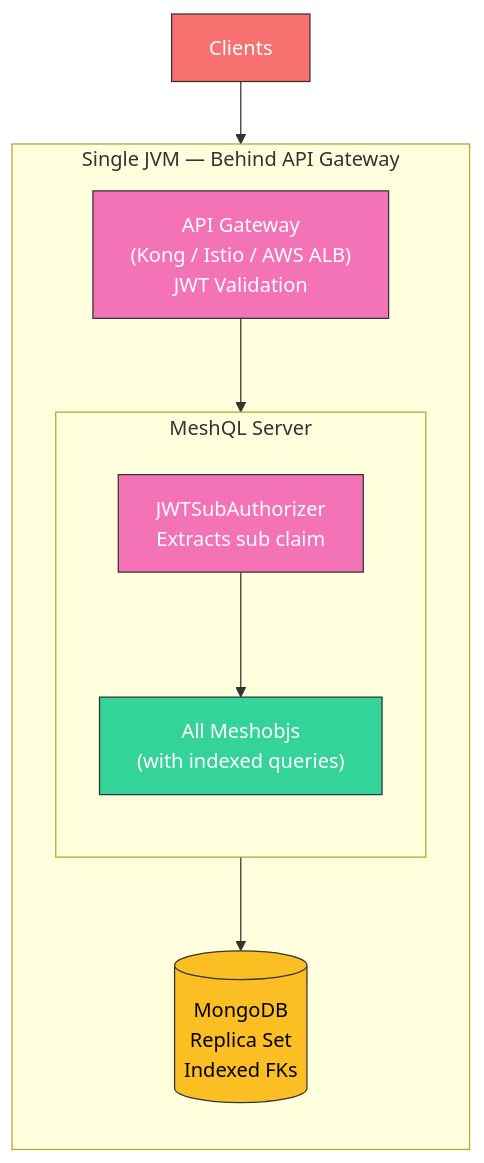
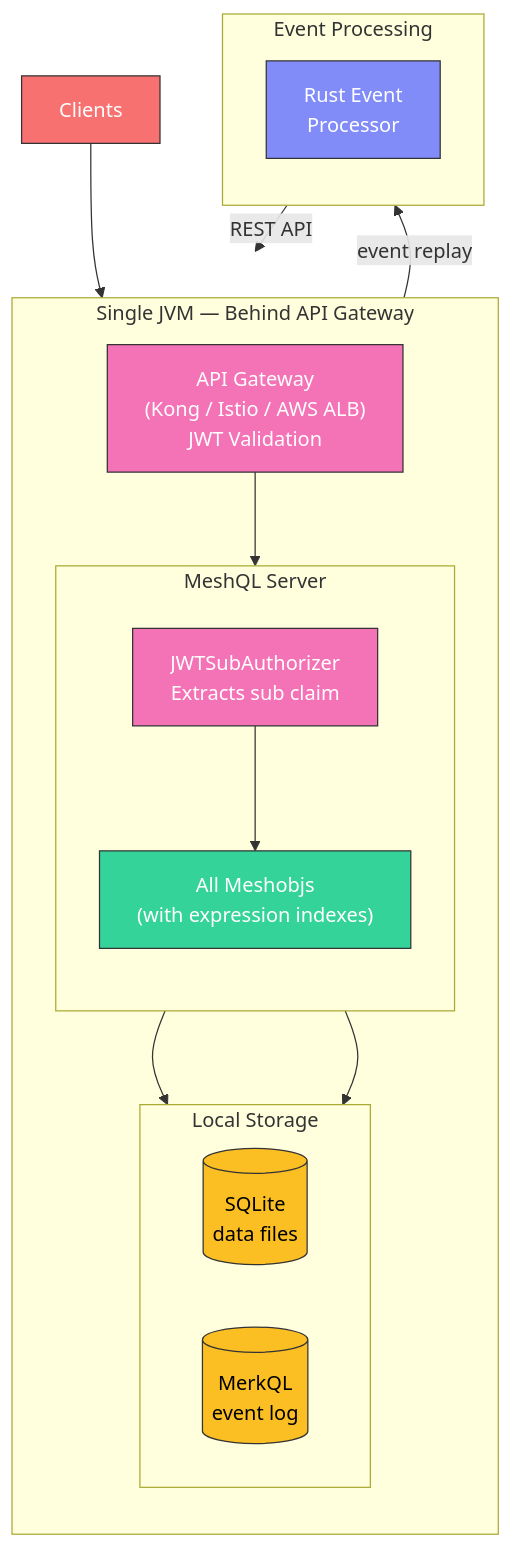
The second of 4 diagrams in docs/architecture/scalability.md (tsmarsh/meshql), drawn with Mermaid before and after one commit. The commit also changed other lines of this file and 2 other files, not shown here.

First line of the commit message:
Update architecture docs with MerkQL tier progression

````diff
--- a/docs/architecture/scalability.md
+++ b/docs/architecture/scalability.md
@@ -68,26 +87,43 @@
 ```mermaid
 graph TB
     subgraph "Single JVM — Behind API Gateway"
         direction TB
 
         gw["API Gateway<br/>(Kong / Istio / AWS ALB)<br/>JWT Validation"]
 
         subgraph server["MeshQL Server"]
             direction TB
             jwt["JWTSubAuthorizer<br/>Extracts sub claim"]
-            meshobjs["All Meshobjs<br/>(with indexed queries)"]
+            meshobjs["All Meshobjs<br/>(with expression indexes)"]
+        end
+
+        subgraph storage["Local Storage"]
+            direction LR
+            db1[("SQLite<br/>data files")]
+            merkql[("MerkQL<br/>event log")]
         end
 
         gw --> jwt
         jwt --> meshobjs
-        meshobjs --> mongo[("MongoDB<br/>Replica Set<br/>Indexed FKs")]
+        meshobjs --> db1
+        meshobjs --> merkql
     end
+
+    subgraph "Event Processing"
+        direction TB
+        processor["Rust Event<br/>Processor"]
+    end
+
+    merkql -->|"event replay"| processor
+    processor -->|"REST API"| server
 
     client["Clients"] --> gw
 
     style gw fill:#f472b6,stroke:#333,color:#fff
     style jwt fill:#f472b6,stroke:#333,color:#fff
     style meshobjs fill:#34d399,stroke:#333,color:#fff
-    style mongo fill:#fbbf24,stroke:#333,color:#000
+    style db1 fill:#fbbf24,stroke:#333,color:#000
+    style merkql fill:#fbbf24,stroke:#333,color:#000
+    style processor fill:#818cf8,stroke:#333,color:#fff
     style client fill:#f87171,stroke:#333,color:#fff
 ```
````
